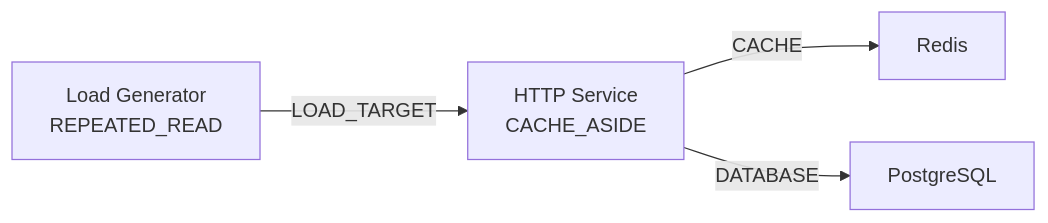
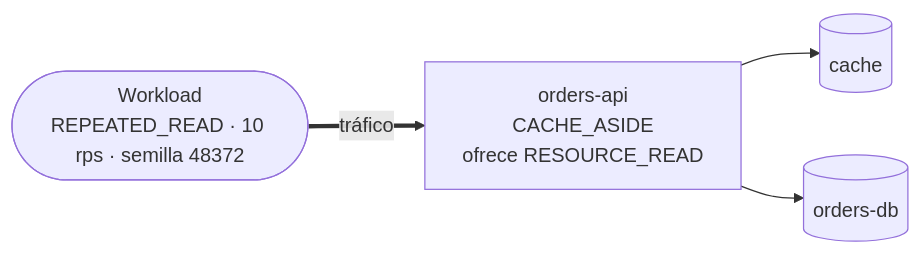
The ninth of 17 diagrams in docs/EXECUTION_ARCHITECTURE.md (codeurjc-students/2026-INFRACTURE), drawn with Mermaid before and after one commit. The commit also changed other lines of this file and 9 other files, not shown here.

````diff
--- a/docs/EXECUTION_ARCHITECTURE.md
+++ b/docs/EXECUTION_ARCHITECTURE.md
@@ -233,6 +388,6 @@
 ```mermaid
 flowchart LR
-    Load["Load Generator<br/>REPEATED_READ"] -->|"LOAD_TARGET"| Api["HTTP Service<br/>CACHE_ASIDE"]
-    Api -->|"CACHE"| Redis["Redis"]
-    Api -->|"DATABASE"| PostgreSQL["PostgreSQL"]
+    W(["Workload<br/>REPEATED_READ · 10 rps · semilla 48372"]) ==>|tráfico| Api["orders-api<br/>CACHE_ASIDE<br/>ofrece RESOURCE_READ"]
+    Api --> Cache[("cache")]
+    Api --> Db[("orders-db")]
 ```
````
